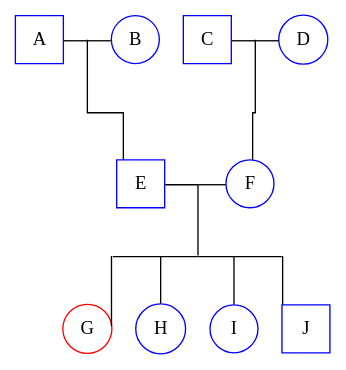
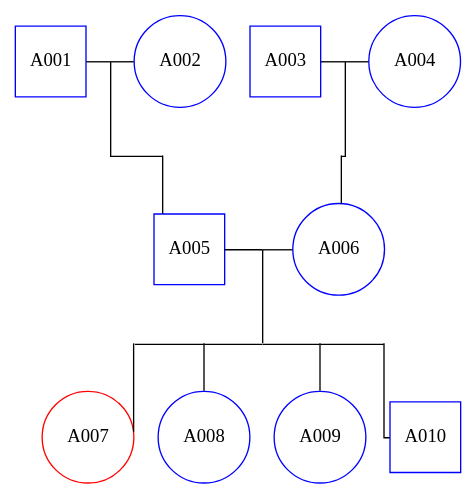
One commit to Nedgang/ped2dot changed the diagram in family_Ex_Emple.dot. Above: the diagram before and after it, drawn with Graphviz. The commit also changed 5 other files, not shown here.

```diff
--- a/family_Ex_Emple.dot
+++ b/family_Ex_Emple.dot
@@ -1,64 +1,64 @@
 graph Genealogy {
 splines = ortho; rankdir = TB
 	subgraph "Generation 0" {
 		rank=same
-		A [color=blue shape=square]
-		B [color=blue shape=circle]
-		A_B [shape=point style=invis width=0]
-		A -- A_B
-		A_B -- B
-		C [color=blue shape=square]
-		D [color=blue shape=circle]
-		C_D [shape=point style=invis width=0]
-		C -- C_D
-		C_D -- D
+		A001 [color=blue shape=square]
+		A002 [color=blue shape=circle]
+		A001_A002 [shape=point style=invis width=0]
+		A001 -- A001_A002
+		A001_A002 -- A002
+		A003 [color=blue shape=square]
+		A004 [color=blue shape=circle]
+		A003_A004 [shape=point style=invis width=0]
+		A003 -- A003_A004
+		A003_A004 -- A004
 	}
 	subgraph "Generation 0 progeny" {
 		rank=same
-		progeny_E [shape=point style=invis width=0]
-		progeny_F [shape=point style=invis width=0]
+		progeny_A005 [shape=point style=invis width=0]
+		progeny_A006 [shape=point style=invis width=0]
 	}
 	subgraph "Links to generation 0 progeny" {
-		A_B -- progeny_E
-		C_D -- progeny_F
+		A001_A002 -- progeny_A005
+		A003_A004 -- progeny_A006
 	}
 	subgraph "Generation 1" {
 		rank=same
-		E [color=blue shape=square]
-		F [color=blue shape=circle]
-		E_F [shape=point style=invis width=0]
-		E -- E_F
-		E_F -- F
+		A005 [color=blue shape=square]
+		A006 [color=blue shape=circle]
+		A005_A006 [shape=point style=invis width=0]
+		A005 -- A005_A006
+		A005_A006 -- A006
 	}
 	subgraph "Links to parental generation" {
-		progeny_E -- E
-		progeny_F -- F
+		progeny_A005 -- A005
+		progeny_A006 -- A006
 	}
 	subgraph "Generation 1 progeny" {
 		rank=same
-		progeny_E_F [shape=point style=invis width=0]
-		progeny_G [shape=point style=invis width=0]
-		progeny_G -- progeny_H
-		progeny_H [shape=point style=invis width=0]
-		progeny_H -- progeny_E_F
-		progeny_I [shape=point style=invis width=0]
-		progeny_E_F -- progeny_I
-		progeny_J [shape=point style=invis width=0]
-		progeny_I -- progeny_J
+		progeny_A005_A006 [shape=point style=invis width=0]
+		progeny_A007 [shape=point style=invis width=0]
+		progeny_A007 -- progeny_A008
+		progeny_A008 [shape=point style=invis width=0]
+		progeny_A008 -- progeny_A005_A006
+		progeny_A009 [shape=point style=invis width=0]
+		progeny_A005_A006 -- progeny_A009
+		progeny_A010 [shape=point style=invis width=0]
+		progeny_A009 -- progeny_A010
 	}
 	subgraph "Links to generation 1 progeny" {
-		E_F -- progeny_E_F
+		A005_A006 -- progeny_A005_A006
 	}
 	subgraph "Generation 2" {
-		G [color=red shape=circle]
-		H [color=blue shape=circle]
-		I [color=blue shape=circle]
-		J [color=blue shape=square]
+		A007 [color=red shape=circle]
+		A008 [color=blue shape=circle]
+		A009 [color=blue shape=circle]
+		A010 [color=blue shape=square]
 	}
 	subgraph "Links to parental generation" {
-		progeny_G -- G
-		progeny_H -- H
-		progeny_I -- I
-		progeny_J -- J
+		progeny_A007 -- A007
+		progeny_A008 -- A008
+		progeny_A009 -- A009
+		progeny_A010 -- A010
 	}
 }
```
